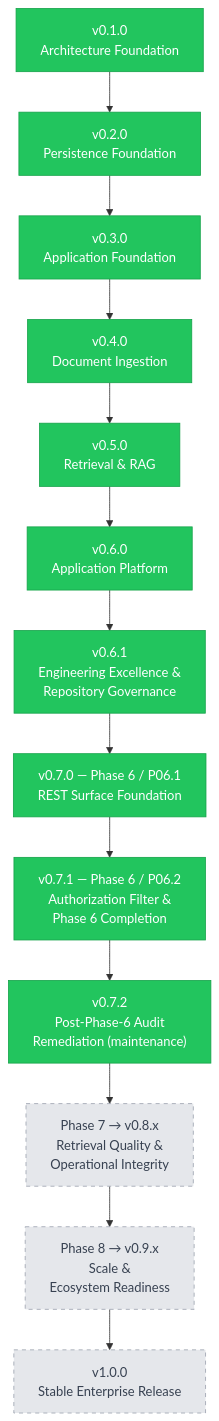
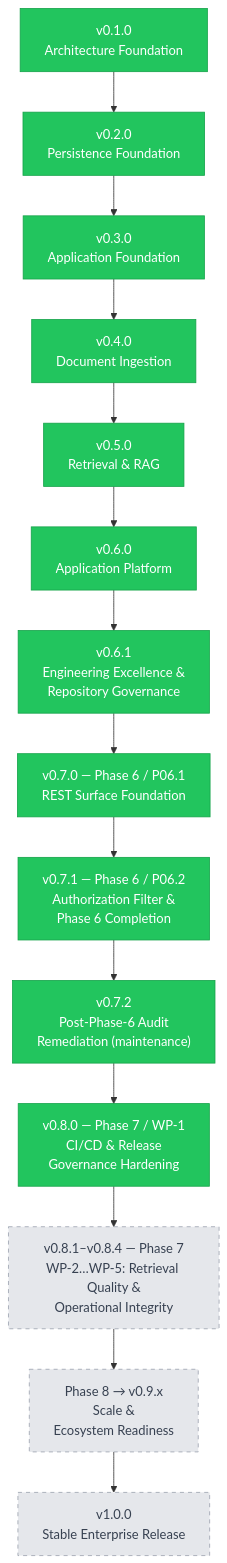
One commit to mudassirshahzad/project-eka changed the diagram in README.md. Above: the diagram before and after it, drawn with Mermaid. The commit also changed other lines of this file and 7 other files, not shown here.

First line of the commit message:
ci(platform): harden CI/CD and release governance (Phase 7 WP-1, v0.8.0)

````diff
--- a/README.md
+++ b/README.md
@@ -353,21 +358,22 @@
 ```mermaid
 graph TD
     A["v0.1.0<br/>Architecture Foundation"] --> B["v0.2.0<br/>Persistence Foundation"]
     B --> C["v0.3.0<br/>Application Foundation"]
     C --> D["v0.4.0<br/>Document Ingestion"]
     D --> E["v0.5.0<br/>Retrieval &amp; RAG"]
     E --> F["v0.6.0<br/>Application Platform"]
     F --> G["v0.6.1<br/>Engineering Excellence &amp;<br/>Repository Governance"]
     G --> H["v0.7.0 — Phase 6 / P06.1<br/>REST Surface Foundation"]
     H --> I["v0.7.1 — Phase 6 / P06.2<br/>Authorization Filter &amp;<br/>Phase 6 Completion"]
     I --> I2["v0.7.2<br/>Post-Phase-6 Audit<br/>Remediation (maintenance)"]
-    I2 --> J["Phase 7 → v0.8.x<br/>Retrieval Quality &amp;<br/>Operational Integrity"]
-    J --> K["Phase 8 → v0.9.x<br/>Scale &amp;<br/>Ecosystem Readiness"]
+    I2 --> J1["v0.8.0 — Phase 7 / WP-1<br/>CI/CD &amp; Release<br/>Governance Hardening"]
+    J1 --> J2["v0.8.1–v0.8.4 — Phase 7<br/>WP-2…WP-5: Retrieval Quality &amp;<br/>Operational Integrity"]
+    J2 --> K["Phase 8 → v0.9.x<br/>Scale &amp;<br/>Ecosystem Readiness"]
     K --> L["v1.0.0<br/>Stable Enterprise Release"]
 
     classDef done fill:#22c55e,stroke:#16a34a,color:#ffffff
     classDef planned fill:#e5e7eb,stroke:#9ca3af,color:#374151,stroke-dasharray: 5 5
 
-    class A,B,C,D,E,F,G,H,I,I2 done
-    class J,K,L planned
+    class A,B,C,D,E,F,G,H,I,I2,J1 done
+    class J2,K,L planned
 ```
````
